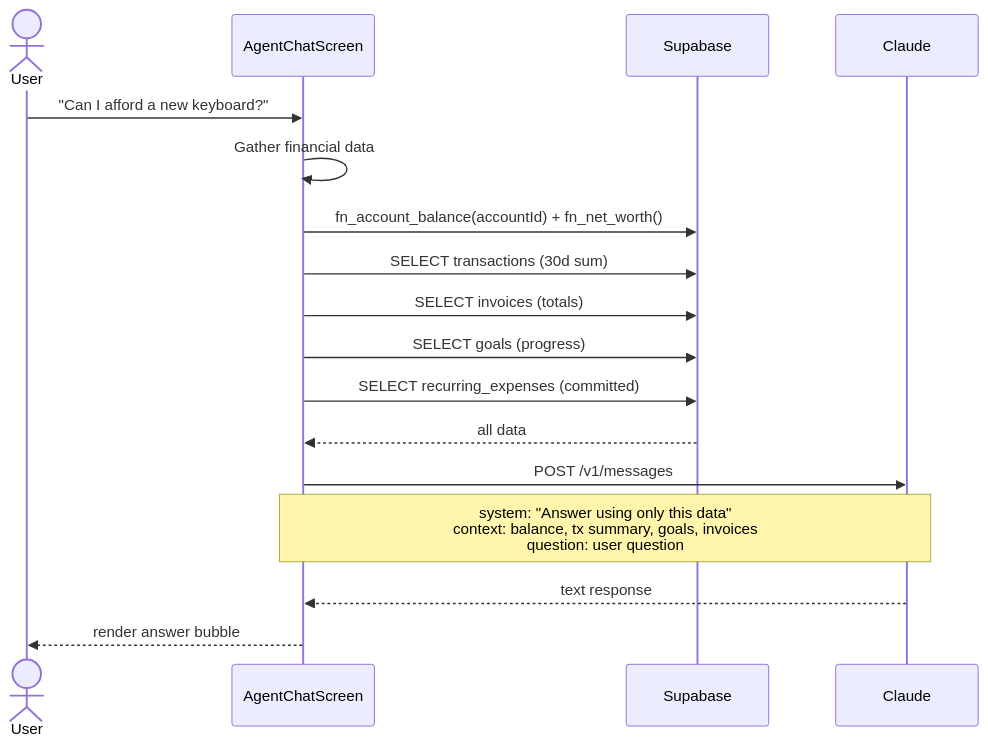
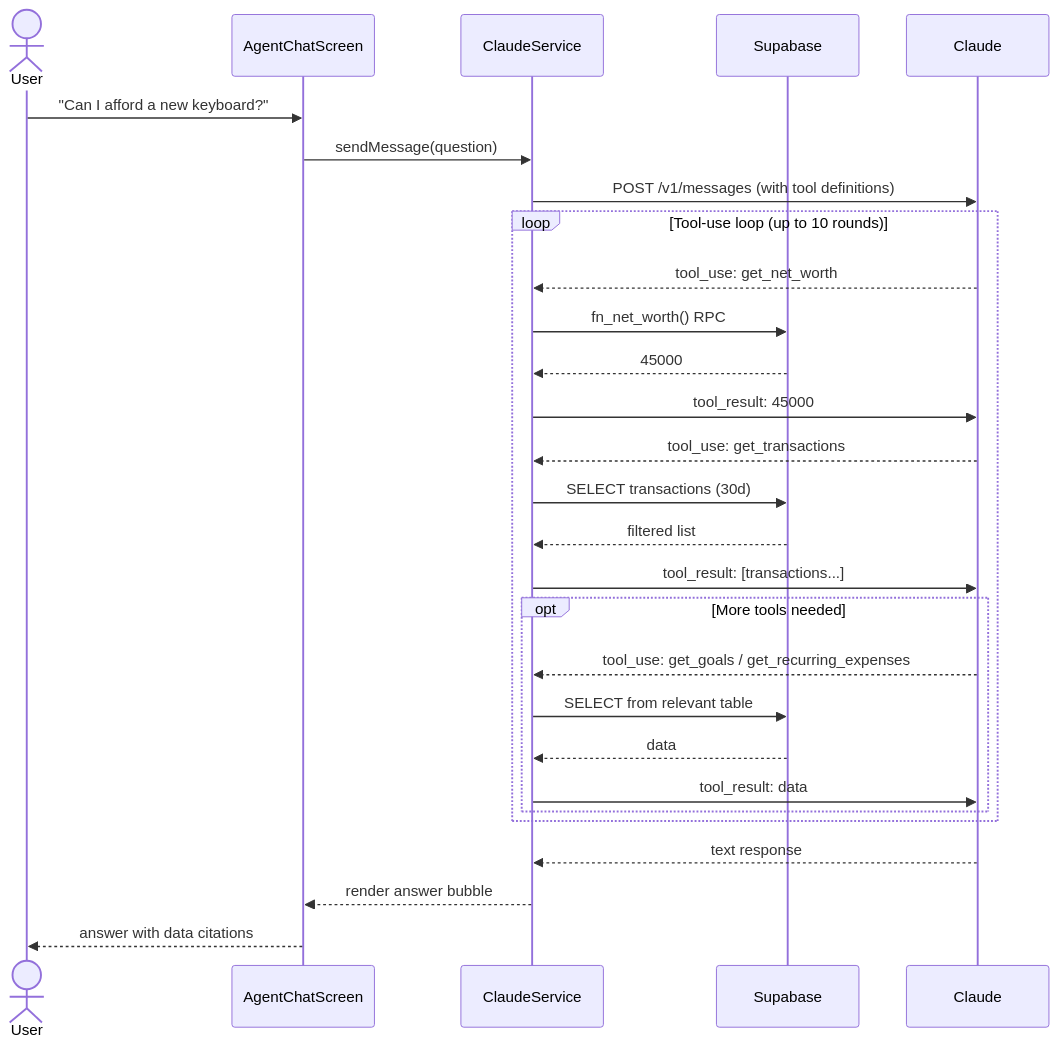
One commit to maybemnv/Financial-Tracker changed the fifth of 7 diagrams in docs/ARCHITECTURE.md. Above: the diagram before and after it, drawn with Mermaid. The commit also changed other lines of this file and 5 other files, not shown here.

Commit message:
Update all docs for transacted_at, tool-use agent, custom tags, Paytm-style list

````diff
--- a/docs/ARCHITECTURE.md
+++ b/docs/ARCHITECTURE.md
@@ -168,21 +168,35 @@
 ```mermaid
 sequenceDiagram
     actor User
     participant App as AgentChatScreen
+    participant CS as ClaudeService
     participant Supabase
     participant Claude
 
     User->>App: "Can I afford a new keyboard?"
-    App->>App: Gather financial data
-    App->>Supabase: fn_account_balance(accountId) + fn_net_worth()
-    App->>Supabase: SELECT transactions (30d sum)
-    App->>Supabase: SELECT invoices (totals)
-    App->>Supabase: SELECT goals (progress)
-    App->>Supabase: SELECT recurring_expenses (committed)
-    Supabase-->>App: all data
+    App->>CS: sendMessage(question)
+    CS->>Claude: POST /v1/messages (with tool definitions)
 
-    App->>Claude: POST /v1/messages
-    Note over App,Claude: system: "Answer using only this data"<br/>context: balance, tx summary, goals, invoices<br/>question: user question
-    Claude-->>App: text response
-    App-->>User: render answer bubble
+    loop Tool-use loop (up to 10 rounds)
+        Claude-->>CS: tool_use: get_net_worth
+        CS->>Supabase: fn_net_worth() RPC
+        Supabase-->>CS: 45000
+        CS->>Claude: tool_result: 45000
+
+        Claude-->>CS: tool_use: get_transactions
+        CS->>Supabase: SELECT transactions (30d)
+        Supabase-->>CS: filtered list
+        CS->>Claude: tool_result: [transactions...]
+
+        opt More tools needed
+            Claude-->>CS: tool_use: get_goals / get_recurring_expenses
+            CS->>Supabase: SELECT from relevant table
+            Supabase-->>CS: data
+            CS->>Claude: tool_result: data
+        end
+    end
+
+    Claude-->>CS: text response
+    CS-->>App: render answer bubble
+    App-->>User: answer with data citations
 ```
````
